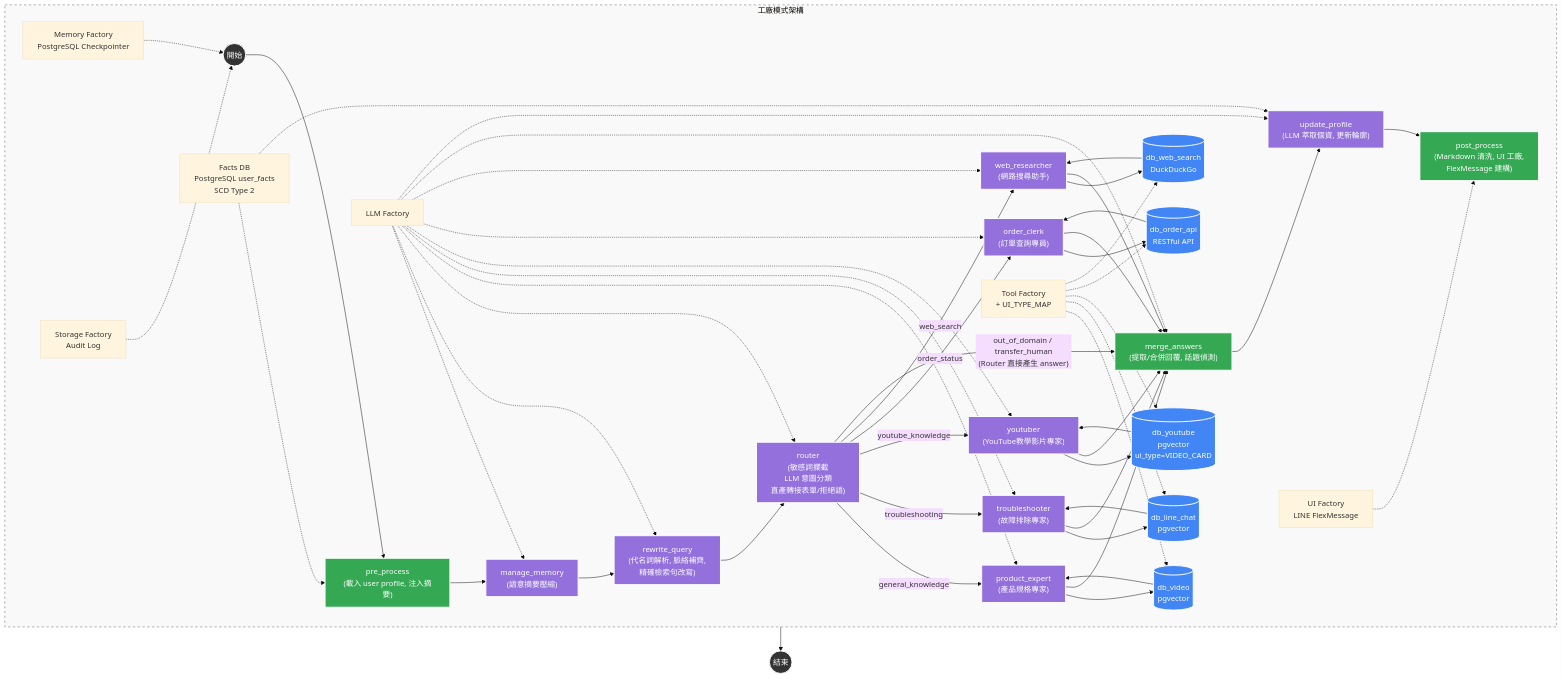
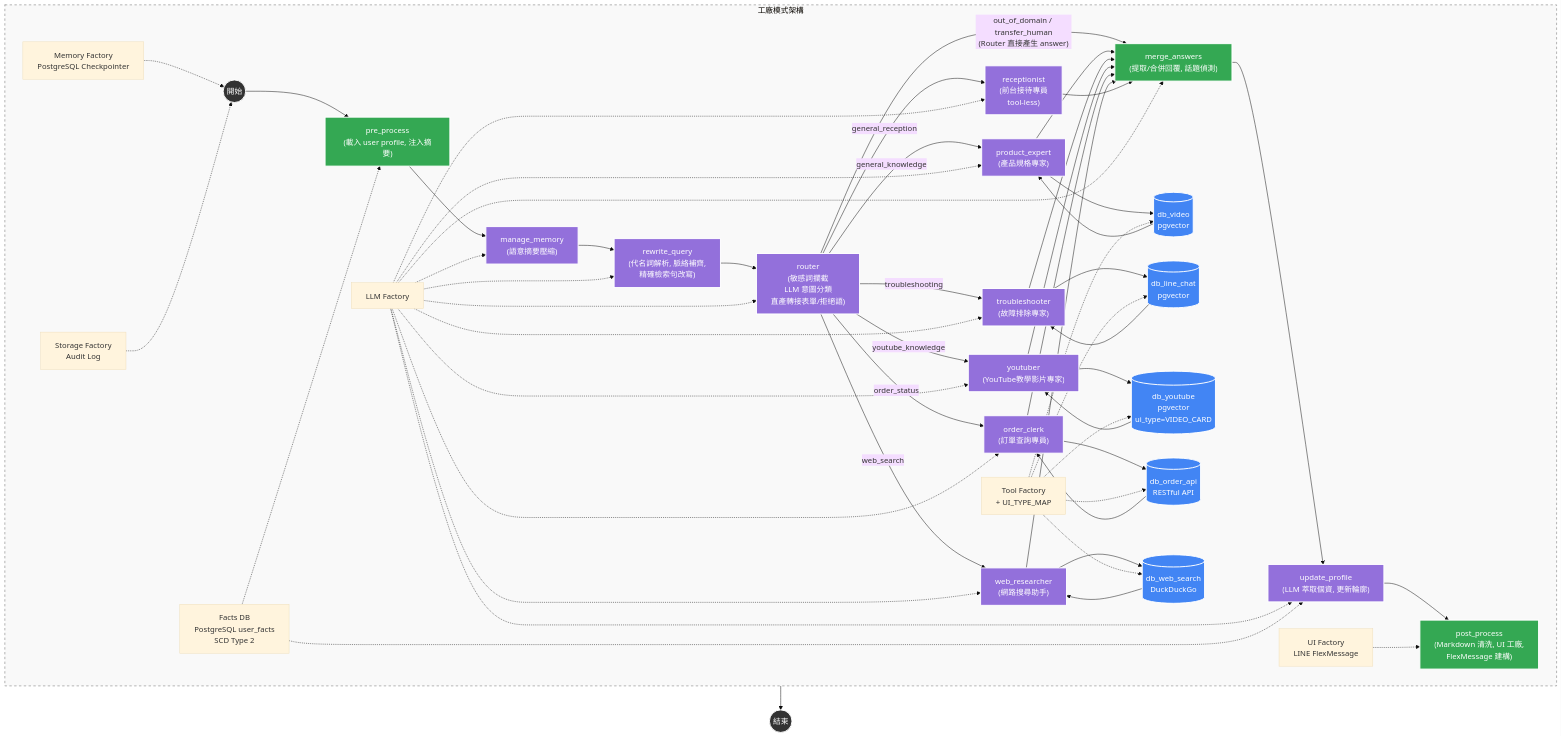
Before and after one commit to Imding1211/lock_AI_Agent: the first of 5 diagrams in docs/manuals/系統架構與流程圖.md, drawn with Mermaid (base theme). The commit also changed other lines of this file and 6 other files, not shown here.

````diff
--- a/docs/manuals/系統架構與流程圖.md
+++ b/docs/manuals/系統架構與流程圖.md
@@ -3,60 +3,62 @@
 ```mermaid
 graph TD
     %% 節點樣式定義
     classDef startEnd fill:#333,stroke:#fff,stroke-width:2px,color:#fff;
     classDef llmNode fill:#9370DB,stroke:#fff,stroke-width:2px,color:#fff;
     classDef decision fill:#ff9900,stroke:#333,stroke-width:2px;
     classDef dbNode fill:#4285f4,stroke:#fff,stroke-width:2px,color:#fff;
     classDef actionNode fill:#34a853,stroke:#fff,stroke-width:2px,color:#fff;
     classDef note fill:#f9f9f9,stroke:#666,stroke-dasharray: 5 5;
 
     %% 核心流程
     START((開始)):::startEnd --> pre_process["pre_process<br/>(載入 user profile, 注入摘要)"]:::actionNode
     pre_process --> manage_memory["manage_memory<br/>(語意摘要壓縮)"]:::llmNode
     manage_memory --> rewrite_query["rewrite_query<br/>(代名詞解析, 脈絡補齊,<br/>精確檢索句改寫)"]:::llmNode
     rewrite_query --> router["router<br/>(敏感詞攔截<br/>LLM 意圖分類<br/>直產轉接表單/拒絕語)"]:::llmNode
 
     %% 意圖分流（Send() fan-out，多意圖可平行派發）
     router -- "general_knowledge" --> PE["product_expert<br/>(產品規格專家)"]:::llmNode
     router -- "troubleshooting" --> TS["troubleshooter<br/>(故障排除專家)"]:::llmNode
     router -- "youtube_knowledge" --> YT["youtuber<br/>(YouTube教學影片專家)"]:::llmNode
     router -- "order_status" --> OC["order_clerk<br/>(訂單查詢專員)"]:::llmNode
     router -- "web_search" --> WR["web_researcher<br/>(網路搜尋助手)"]:::llmNode
+    router -- "general_reception" --> RC["receptionist<br/>(前台接待專員<br/>tool-less)"]:::llmNode
     router -- "out_of_domain / transfer_human<br/>(Router 直接產生 answer)" --> merge_answers
 
     %% Agent 子圖（agent_llm ↔ tool_node 迴圈）
     PE --> PE_TOOL[("db_video<br/>pgvector")]:::dbNode
     TS --> TS_TOOL[("db_line_chat<br/>pgvector")]:::dbNode
     YT --> YT_TOOL[("db_youtube<br/>pgvector<br/>ui_type=VIDEO_CARD")]:::dbNode
     OC --> OC_TOOL[("db_order_api<br/>RESTful API")]:::dbNode
     WR --> WR_TOOL[("db_web_search<br/>DuckDuckGo")]:::dbNode
 
     PE_TOOL --> PE
     TS_TOOL --> TS
     YT_TOOL --> YT
     OC_TOOL --> OC
     WR_TOOL --> WR
 
     %% 匯流
     PE --> merge_answers["merge_answers<br/>(提取/合併回覆, 話題偵測)"]:::actionNode
     TS --> merge_answers
     YT --> merge_answers
     OC --> merge_answers
     WR --> merge_answers
+    RC --> merge_answers
     merge_answers --> update_profile["update_profile<br/>(LLM 萃取個資, 更新輪廓)"]:::llmNode
     update_profile --> post_process["post_process<br/>(Markdown 清洗, UI 工廠,<br/>FlexMessage 建構)"]:::actionNode
     post_process --> END((結束)):::startEnd
 
     %% 底層支援
     subgraph Support_Layer [工廠模式架構]
         direction LR
-        f1[LLM Factory] -.-> manage_memory & rewrite_query & router & PE & TS & YT & OC & WR & merge_answers & update_profile
+        f1[LLM Factory] -.-> manage_memory & rewrite_query & router & PE & TS & YT & OC & WR & RC & merge_answers & update_profile
         f2[Memory Factory<br/>PostgreSQL Checkpointer] -.-> START
         f3[Tool Factory<br/>+ UI_TYPE_MAP] -.-> PE_TOOL & TS_TOOL & YT_TOOL & OC_TOOL & WR_TOOL
         f4[Storage Factory<br/>Audit Log] -.-> START
         f5[Facts DB<br/>PostgreSQL user_facts<br/>SCD Type 2] -.-> pre_process & update_profile
         f6[UI Factory<br/>LINE FlexMessage] -.-> post_process
     end
     class Support_Layer note
 
 ```
````
